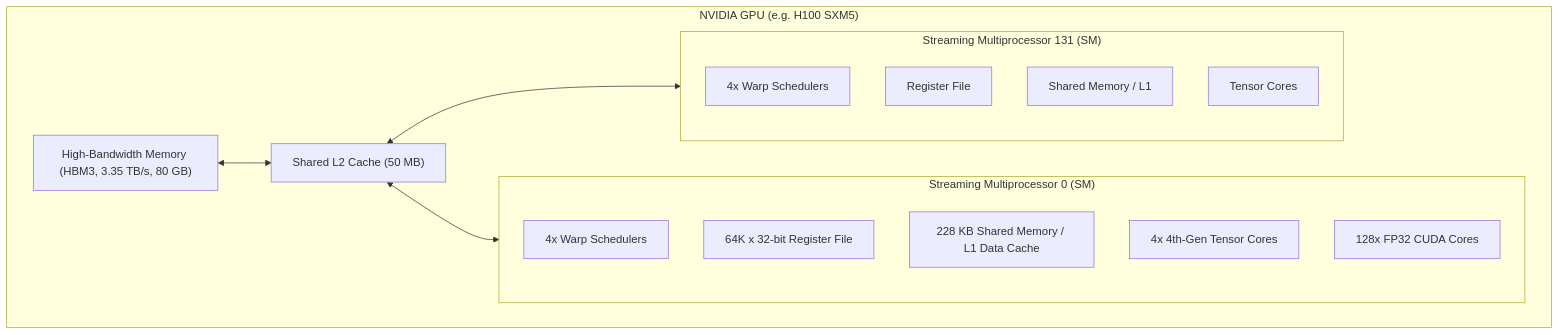
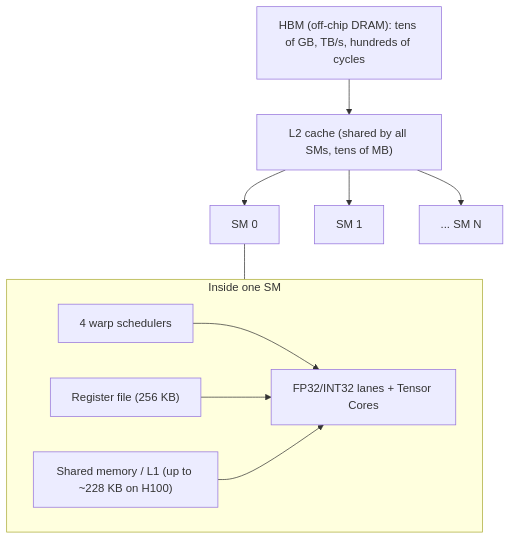
The diagram in 07_GPU_Programming_and_AI_Kernels/Module_01_GPU_Microarchitecture_and_Execution_Model/01_README.md (reddykarthikeya1/AI-Systems-Mastery), drawn with Mermaid before and after one commit. The commit also changed other lines of this file and 54 other files, not shown here.

````diff
--- a/07_GPU_Programming_and_AI_Kernels/Module_01_GPU_Microarchitecture_and_Execution_Model/01_README.md
+++ b/07_GPU_Programming_and_AI_Kernels/Module_01_GPU_Microarchitecture_and_Execution_Model/01_README.md
@@ -10,26 +22,13 @@
 ```mermaid
 flowchart TD
-    subgraph Device["NVIDIA GPU (e.g. H100 SXM5)"]
-        HBM["High-Bandwidth Memory (HBM3, 3.35 TB/s, 80 GB)"]
-        L2["Shared L2 Cache (50 MB)"]
-        
-        subgraph SM1["Streaming Multiprocessor 0 (SM)"]
-            WarpSched1["4x Warp Schedulers"]
-            RegFile1["64K x 32-bit Register File"]
-            SRAM1["228 KB Shared Memory / L1 Data Cache"]
-            TensorCores1["4x 4th-Gen Tensor Cores"]
-            CUDACores1["128x FP32 CUDA Cores"]
-        end
-
-        subgraph SM2["Streaming Multiprocessor 131 (SM)"]
-            WarpSched2["4x Warp Schedulers"]
-            RegFile2["Register File"]
-            SRAM2["Shared Memory / L1"]
-            TensorCores2["Tensor Cores"]
-        end
+    HBM["HBM (off-chip DRAM): tens of GB, TB/s, hundreds of cycles"] --> L2["L2 cache (shared by all SMs, tens of MB)"]
+    L2 --> SM0["SM 0"]
+    L2 --> SM1["SM 1"]
+    L2 --> SMn["... SM N"]
+    subgraph Inside["Inside one SM"]
+        SCH["4 warp schedulers"] --> EXE["FP32/INT32 lanes + Tensor Cores"]
+        REG["Register file (256 KB)"] --> EXE
+        SMEM["Shared memory / L1 (up to ~228 KB on H100)"] --> EXE
     end
-
-    HBM <--> L2
-    L2 <--> SM1
-    L2 <--> SM2
+    SM0 --- Inside
 ```
````
